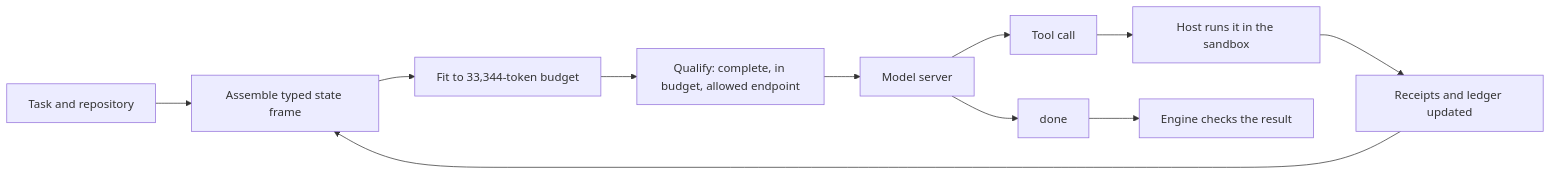
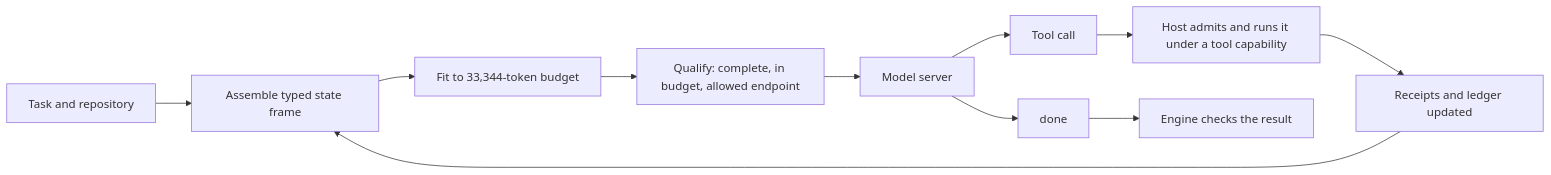
Before and after one commit to FarsideResearch/StateFrame: the first of 6 diagrams in ARCHITECTURE.md, drawn with Mermaid. The commit also changed other lines of this file and 205 other files, not shown here.

````diff
--- a/ARCHITECTURE.md
+++ b/ARCHITECTURE.md
@@ -7,13 +7,13 @@
 ```mermaid
 flowchart LR
     T[Task and repository] --> A[Assemble typed state frame]
     A --> F[Fit to 33,344-token budget]
     F --> Q[Qualify: complete, in budget, allowed endpoint]
     Q --> M[Model server]
     M --> C[Tool call]
-    C --> H[Host runs it in the sandbox]
+    C --> H[Host admits and runs it under a tool capability]
     H --> R[Receipts and ledger updated]
     R --> A
     M --> D[done]
     D --> V[Engine checks the result]
 ```
````
